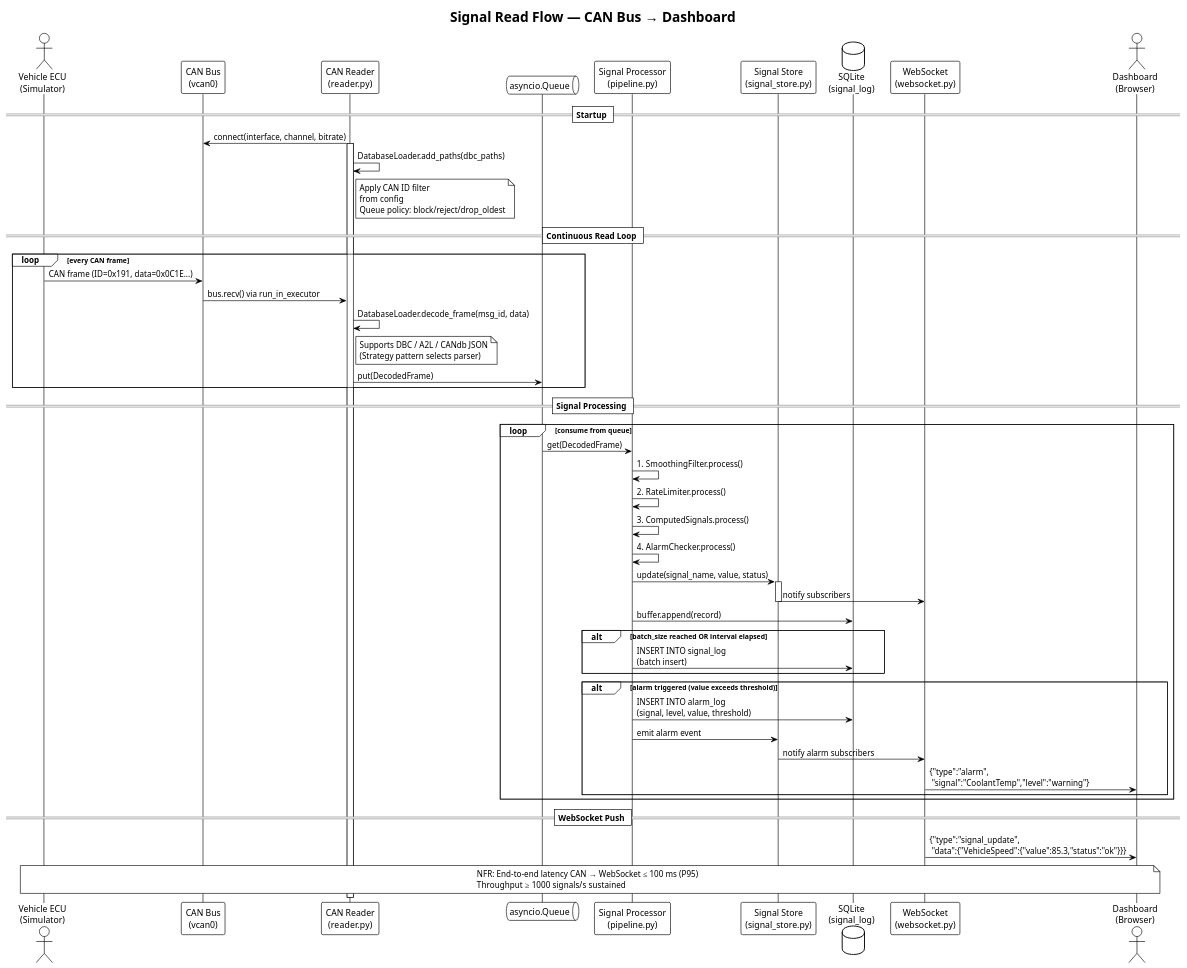
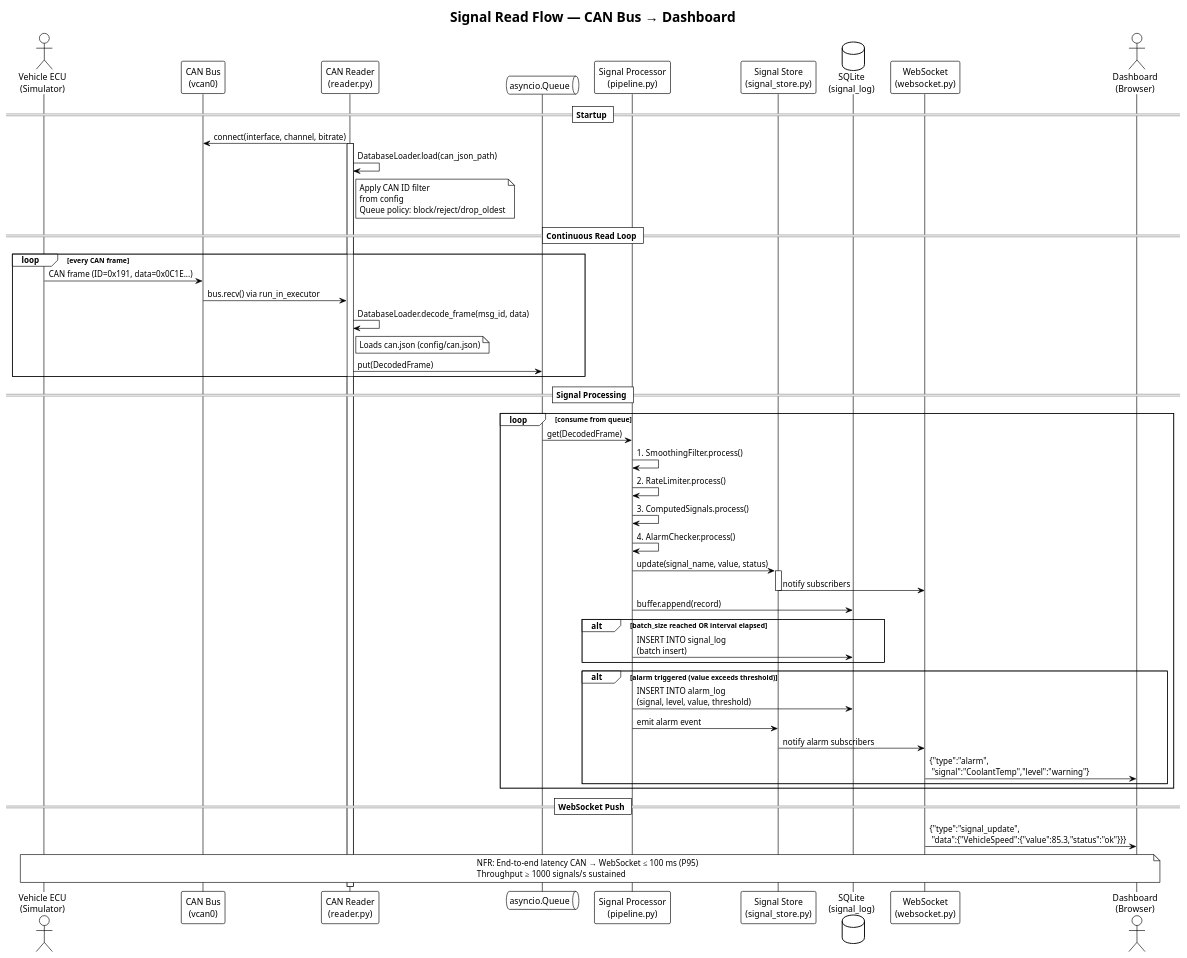
One commit to 3tdn/car-hmi changed the diagram in diagram/05_sequence_signal_read.puml. Above: the diagram before and after it, drawn with PlantUML. The commit also changed 28 other files, not shown here.

Commit message:
can_io chỉ sử dụng can.json đã qua xử lý, không dùng từ can dbc nữa

```diff
--- a/diagram/05_sequence_signal_read.puml
+++ b/diagram/05_sequence_signal_read.puml
@@ -1,67 +1,66 @@
 @startuml Sequence - Signal Read Flow
 !theme plain
 title Signal Read Flow — CAN Bus → Dashboard
 
 actor "Vehicle ECU\n(Simulator)" as ecu
 participant "CAN Bus\n(vcan0)" as bus
 participant "CAN Reader\n(reader.py)" as reader
 queue "asyncio.Queue" as q
 participant "Signal Processor\n(pipeline.py)" as proc
 participant "Signal Store\n(signal_store.py)" as store
 database "SQLite\n(signal_log)" as db
 participant "WebSocket\n(websocket.py)" as ws
 actor "Dashboard\n(Browser)" as dash
 
 == Startup ==
 reader -> bus : connect(interface, channel, bitrate)
 activate reader
-reader -> reader : DatabaseLoader.add_paths(dbc_paths)
+reader -> reader : DatabaseLoader.load(can_json_path)
 note right of reader : Apply CAN ID filter\nfrom config\nQueue policy: block/reject/drop_oldest
 
 == Continuous Read Loop ==
 loop every CAN frame
     ecu -> bus : CAN frame (ID=0x191, data=0x0C1E...)
     bus -> reader : bus.recv() via run_in_executor
     reader -> reader : DatabaseLoader.decode_frame(msg_id, data)
     note right of reader
-        Supports DBC / A2L / CANdb JSON
-        (Strategy pattern selects parser)
+        Loads can.json (config/can.json)
     end note
     reader -> q : put(DecodedFrame)
 end
 
 == Signal Processing ==
 loop consume from queue
     q -> proc : get(DecodedFrame)
     proc -> proc : 1. SmoothingFilter.process()
     proc -> proc : 2. RateLimiter.process()
     proc -> proc : 3. ComputedSignals.process()
     proc -> proc : 4. AlarmChecker.process()
     
     proc -> store : update(signal_name, value, status)
     activate store
     store -> ws : notify subscribers
     deactivate store
     
     proc -> db : buffer.append(record)
     alt batch_size reached OR interval elapsed
         proc -> db : INSERT INTO signal_log\n(batch insert)
     end
 
     alt alarm triggered (value exceeds threshold)
         proc -> db : INSERT INTO alarm_log\n(signal, level, value, threshold)
         proc -> store : emit alarm event
         store -> ws : notify alarm subscribers
         ws -> dash : {"type":"alarm",\n "signal":"CoolantTemp","level":"warning"}
     end
 end
 
 == WebSocket Push ==
 ws -> dash : {"type":"signal_update",\n "data":{"VehicleSpeed":{"value":85.3,"status":"ok"}}}
 
 note over ecu, dash
   NFR: End-to-end latency CAN → WebSocket ≤ 100 ms (P95)
   Throughput ≥ 1000 signals/s sustained
 end note
 
 @enduml
```
